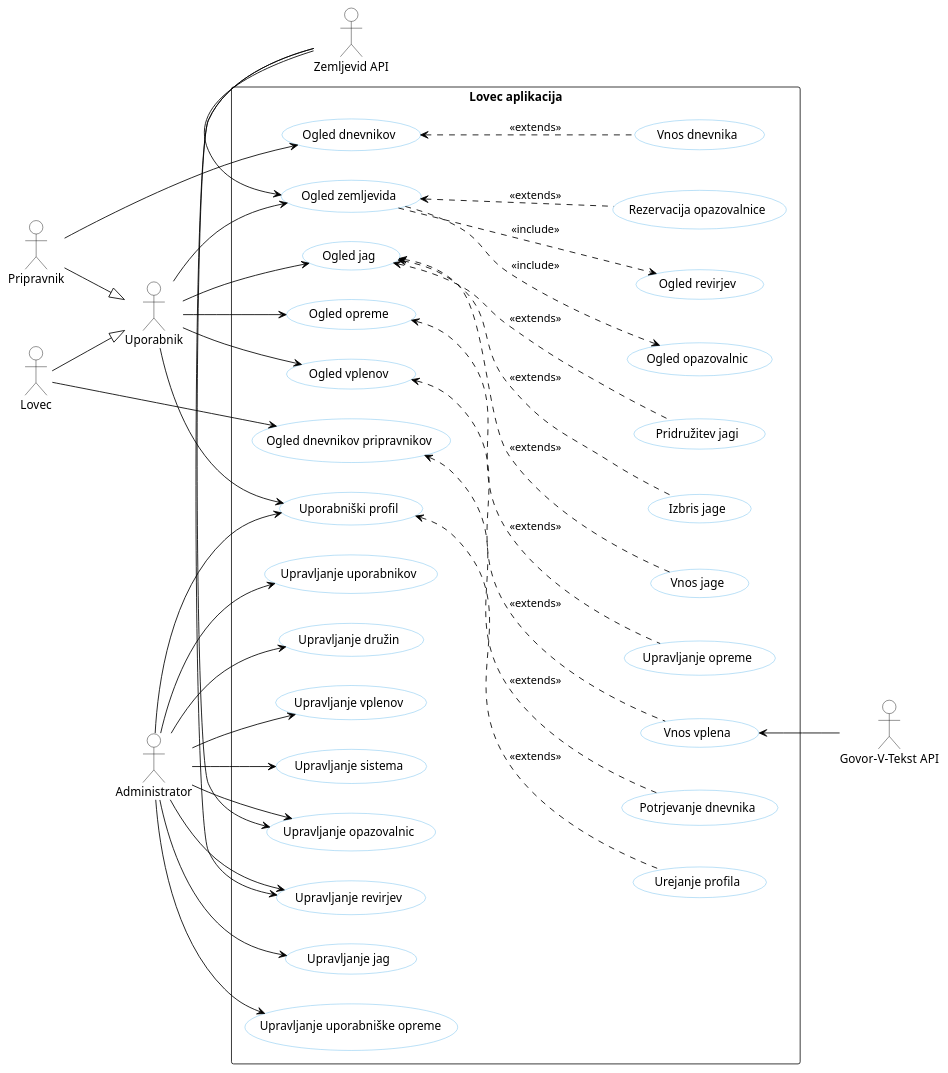
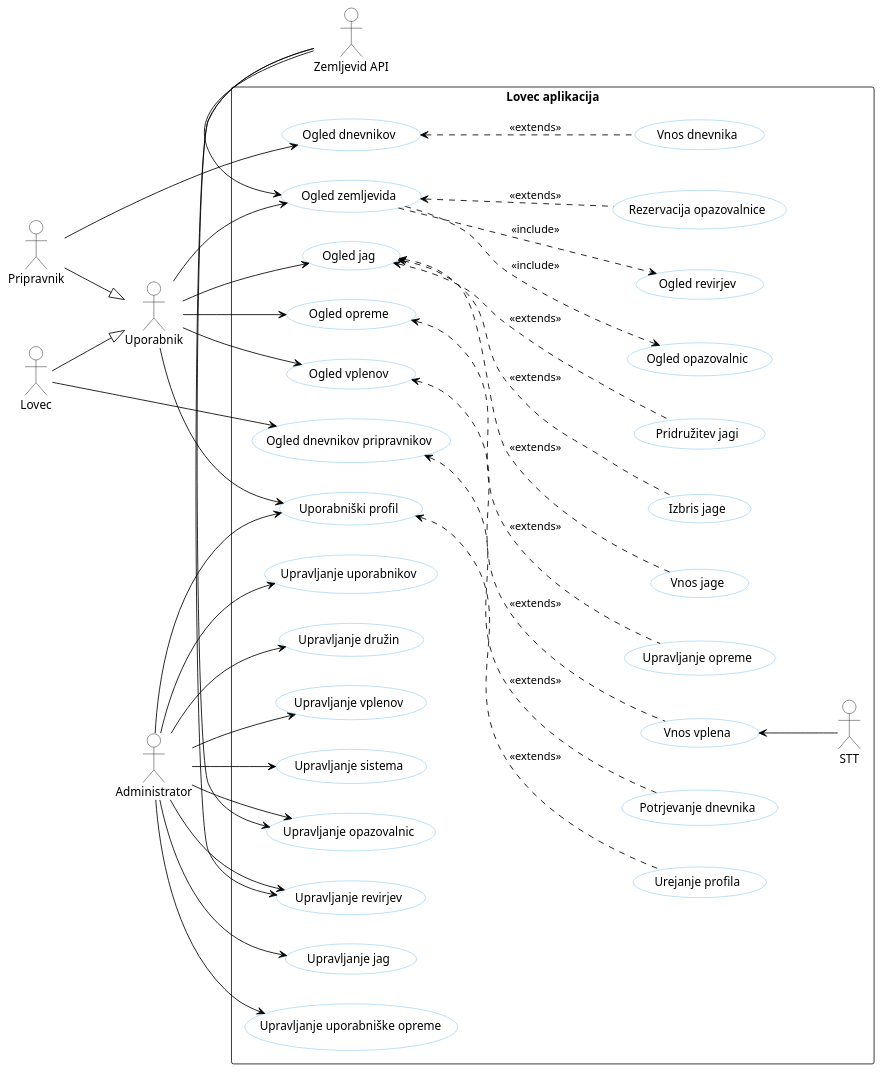
The diagram in docs/uml/dpu.puml (janmerhar/lovec), drawn with PlantUML before and after one commit.

```diff
--- a/docs/uml/dpu.puml
+++ b/docs/uml/dpu.puml
@@ -1,139 +1,138 @@
 @startuml DPU
 skinparam backgroundcolor transparent
 skinparam defaultTextAlignment center
 skinparam usecase {
     backgroundColor white
     borderColor #5FB8EC
     arrowColor black
 }
 skinparam actorBorderColor black
 skinparam actorBackgroundColor white
 
 left to right direction
 
 actor Uporabnik
 actor Pripravnik
 actor Lovec
 actor "Zemljevid API" as ZemljevidAPI
-actor "Govor-V-Tekst API" as STT
 actor Administrator
 
 
 rectangle "Lovec aplikacija" {
     ' Jage
     usecase "Ogled jag" as Jage
     usecase "Vnos jage" as JageVnos
     usecase "Izbris jage" as JageIzbris
     usecase "Pridružitev jagi" as JagePridruzitev
 
     Jage <... JageVnos : <<extends>>
     Jage <... JageIzbris : <<extends>>
     Jage <... JagePridruzitev : <<extends>>
 
     ' Dnevniki za pripravnike
     usecase "Ogled dnevnikov" as Dnevnik
     usecase "Vnos dnevnika" as DnevnikVnos
     
     Dnevnik <... DnevnikVnos : <<extends>>
 
     ' Zemljevid
     usecase "Ogled zemljevida" as Zemljevid
     usecase "Ogled opazovalnic" as ZemljevidOpazovalnice
     usecase "Ogled revirjev" as ZemljevidRevirji
     usecase "Rezervacija opazovalnice" as ZemljevidOpazovalniceRezervacija
 
     ZemljevidAPI -left-> Zemljevid
     Zemljevid ...> ZemljevidOpazovalnice : <<include>>
     Zemljevid ...> ZemljevidRevirji : <<include>>
     Zemljevid <... ZemljevidOpazovalniceRezervacija : <<extends>>
 
     ' Dnevniki za lovce
     usecase "Ogled dnevnikov pripravnikov" as DnevnikLovec
     usecase "Potrjevanje dnevnika" as DnevnikLovecPotrditev 
 
     DnevnikLovec <... DnevnikLovecPotrditev : <<extends>>
 
     ' Oprema
     usecase "Ogled opreme" as Oprema
     usecase "Upravljanje opreme" as OpremaUpravljanje
 
     Oprema <... OpremaUpravljanje : <<extends>>
 
     ' Vplen
     usecase "Ogled vplenov" as Vplen
     usecase "Vnos vplena" as VplenVnos
 
     Vplen <... VplenVnos : <<extends>>
     STT -up-> VplenVnos
 
     ' Profil
     usecase "Uporabniški profil" as Profil
     usecase "Urejanje profila" as ProfilUrejanje
     Profil <... ProfilUrejanje : <<extends>>
 
 
     ' Jage Admin
     usecase "Upravljanje jag" as JageAdmin
 
     ' Oprema Admin
     usecase "Upravljanje uporabniške opreme" as OpremaAdmin
 
     ' Profil Admin
     usecase "Upravljanje uporabnikov" as ProfilAdmin
 
     ' Družine Admin
     usecase "Upravljanje družin" as DruzineAdmin
 
     ' Opazovalnice Admin
     usecase "Upravljanje opazovalnic" as OpazovalniceAdmin
     ZemljevidAPI -left-> OpazovalniceAdmin
 
     ' Revirji Admin
     usecase "Upravljanje revirjev" as RevirjiAdmin
     ZemljevidAPI -left-> RevirjiAdmin
 
     ' Vplen Admin 
     usecase "Upravljanje vplenov" as VplenAdmin
     
     ' Sistemske spremenljivke Admin
     usecase "Upravljanje sistema" as SistemAdmin
 
     ' 
     ' Uporabnik
     ' 
 
     Uporabnik -down-> Jage
     Uporabnik -down-> Oprema
     Uporabnik -down-> Profil
     Uporabnik -down-> Zemljevid
     Uporabnik -down-> Vplen
 
     ' 
     ' Pripravnik
     ' 
 
     Pripravnik -down-|> Uporabnik
     Pripravnik -down-> Dnevnik
 
     ' 
     ' Lovec
     ' 
 
     Lovec -down-|> Uporabnik
     Lovec -down-> DnevnikLovec
 
     ' 
     ' Administrator
     '
 
     Administrator -down-> JageAdmin
     Administrator -down-> OpremaAdmin
     Administrator -down-> ProfilAdmin
     Administrator -down-> Profil
     Administrator -down-> OpazovalniceAdmin
     Administrator -down-> DruzineAdmin
     Administrator -down-> RevirjiAdmin
     Administrator -down-> VplenAdmin
     Administrator -down-> SistemAdmin
 }
 @enduml
```
